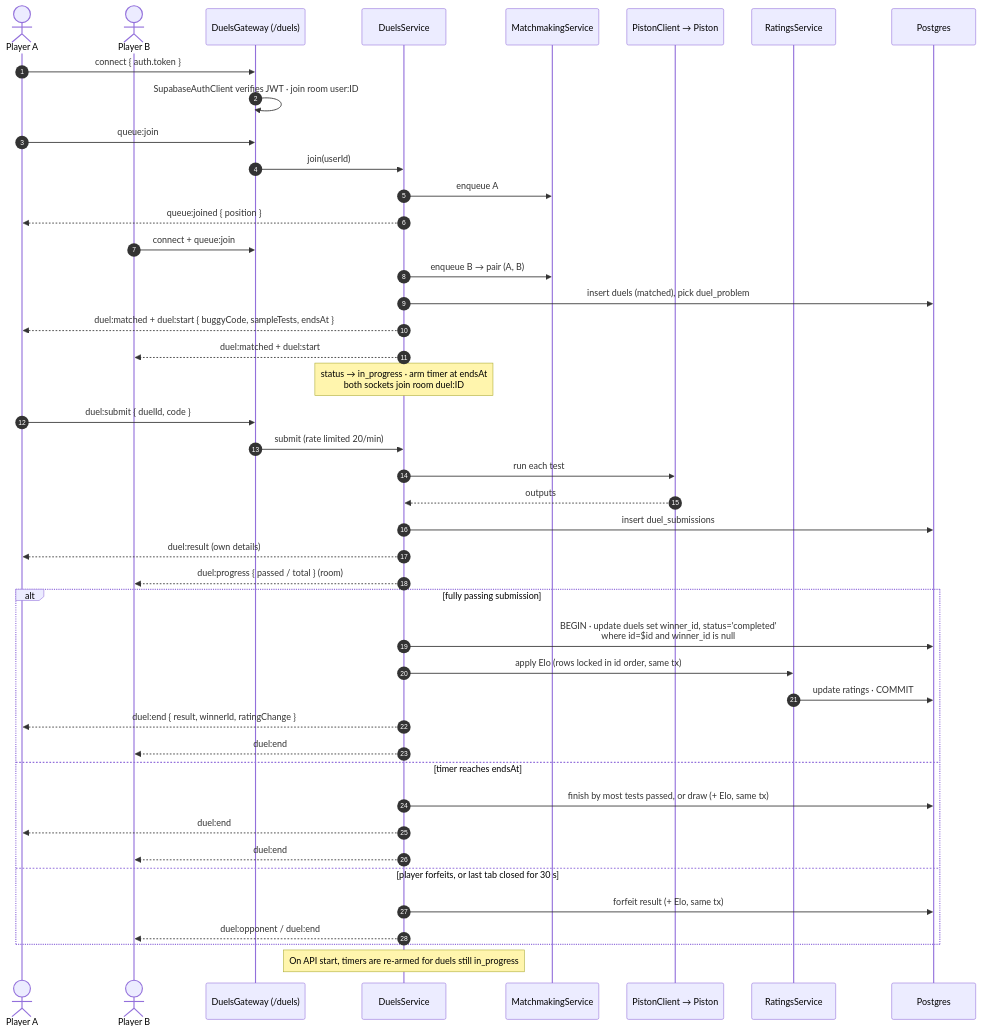
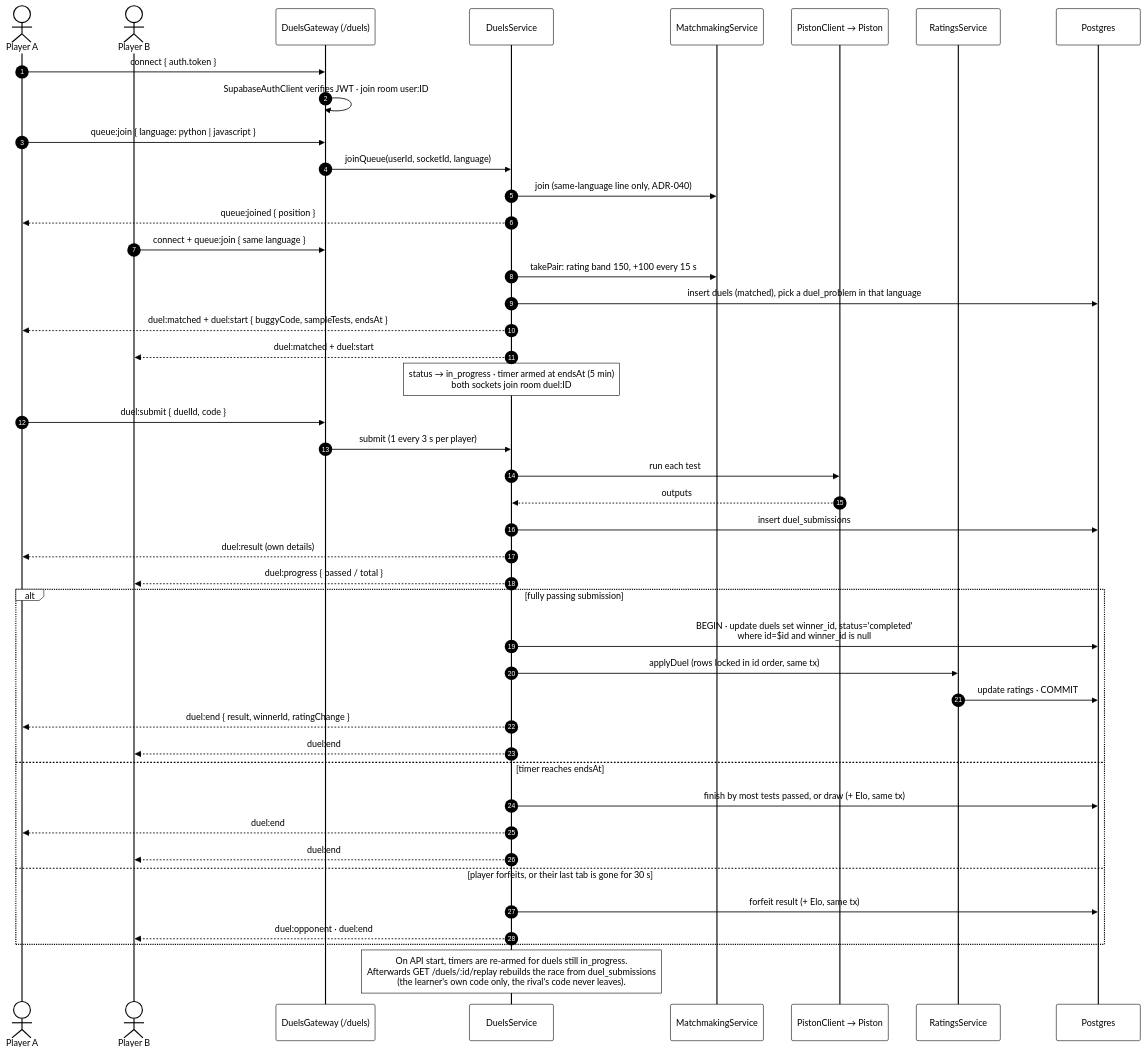
One commit to Hritik-sharmaa/loophole changed the fourth of 14 diagrams in docs/diagrams/architecture.md. Above: the diagram before and after it, drawn with Mermaid. The commit also changed other lines of this file and 4 other files, not shown here.

Commit message:
docs: add architecture and system design diagrams with documentation

````diff
--- a/docs/diagrams/architecture.md
+++ b/docs/diagrams/architecture.md
@@ -196,49 +248,50 @@
 ```mermaid
+%%{init: {"theme": "base", "themeVariables": {"background": "#ffffff", "primaryColor": "#ffffff", "primaryTextColor": "#000000", "primaryBorderColor": "#000000", "lineColor": "#000000", "textColor": "#000000", "mainBkg": "#ffffff", "actorBkg": "#ffffff", "actorBorder": "#000000", "actorTextColor": "#000000", "actorLineColor": "#000000", "signalColor": "#000000", "signalTextColor": "#000000", "labelBoxBkgColor": "#ffffff", "labelBoxBorderColor": "#000000", "labelTextColor": "#000000", "loopTextColor": "#000000", "noteBkgColor": "#ffffff", "noteBorderColor": "#000000", "noteTextColor": "#000000", "activationBkgColor": "#ffffff", "activationBorderColor": "#000000", "sequenceNumberColor": "#ffffff", "altBackground": "#ffffff"}}}%%
 sequenceDiagram
     autonumber
     actor P1 as Player A
     actor P2 as Player B
     participant GW as DuelsGateway (/duels)
     participant DS as DuelsService
     participant MM as MatchmakingService
     participant PC as PistonClient → Piston
     participant RS as RatingsService
     participant DB as Postgres
 
     P1->>GW: connect { auth.token }
     GW->>GW: SupabaseAuthClient verifies JWT · join room user:ID
-    P1->>GW: queue:join
-    GW->>DS: join(userId)
-    DS->>MM: enqueue A
+    P1->>GW: queue:join { language: python | javascript }
+    GW->>DS: joinQueue(userId, socketId, language)
+    DS->>MM: join (same-language line only, ADR-040)
     DS-->>P1: queue:joined { position }
-    P2->>GW: connect + queue:join
-    DS->>MM: enqueue B → pair (A, B)
-    DS->>DB: insert duels (matched), pick duel_problem
+    P2->>GW: connect + queue:join { same language }
+    DS->>MM: takePair: rating band 150, +100 every 15 s
+    DS->>DB: insert duels (matched), pick a duel_problem in that language
     DS-->>P1: duel:matched + duel:start { buggyCode, sampleTests, endsAt }
     DS-->>P2: duel:matched + duel:start
-    Note over DS: status → in_progress · arm timer at endsAt<br/>both sockets join room duel:ID
+    Note over DS: status → in_progress · timer armed at endsAt (5 min)<br/>both sockets join room duel:ID
 
     P1->>GW: duel:submit { duelId, code }
-    GW->>DS: submit (rate limited 20/min)
+    GW->>DS: submit (1 every 3 s per player)
     DS->>PC: run each test
     PC-->>DS: outputs
     DS->>DB: insert duel_submissions
     DS-->>P1: duel:result (own details)
-    DS-->>P2: duel:progress { passed / total } (room)
+    DS-->>P2: duel:progress { passed / total }
 
     alt fully passing submission
         DS->>DB: BEGIN · update duels set winner_id, status='completed'<br/>where id=$id and winner_id is null
-        DS->>RS: apply Elo (rows locked in id order, same tx)
+        DS->>RS: applyDuel (rows locked in id order, same tx)
         RS->>DB: update ratings · COMMIT
         DS-->>P1: duel:end { result, winnerId, ratingChange }
         DS-->>P2: duel:end
     else timer reaches endsAt
         DS->>DB: finish by most tests passed, or draw (+ Elo, same tx)
         DS-->>P1: duel:end
         DS-->>P2: duel:end
-    else player forfeits, or last tab closed for 30 s
+    else player forfeits, or their last tab is gone for 30 s
         DS->>DB: forfeit result (+ Elo, same tx)
-        DS-->>P2: duel:opponent / duel:end
+        DS-->>P2: duel:opponent · duel:end
     end
-    Note over DS: On API start, timers are re-armed for duels still in_progress
+    Note over DS: On API start, timers are re-armed for duels still in_progress.<br/>Afterwards GET /duels/:id/replay rebuilds the race from duel_submissions<br/>(the learner's own code only, the rival's code never leaves).
 ```
````
